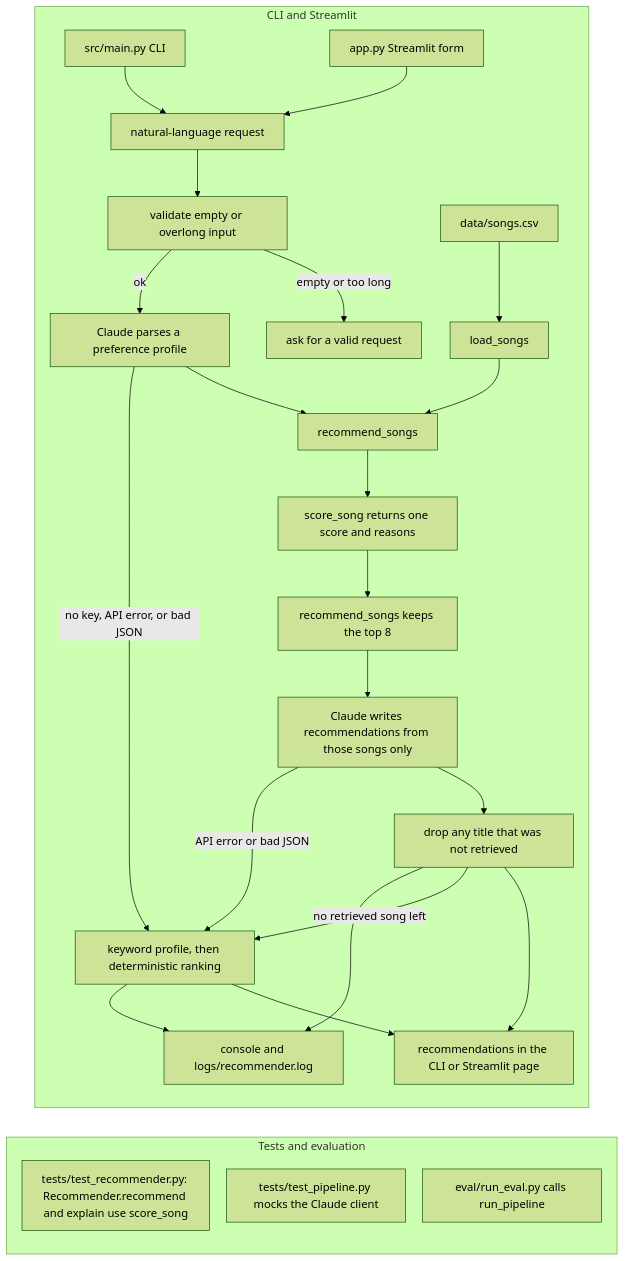
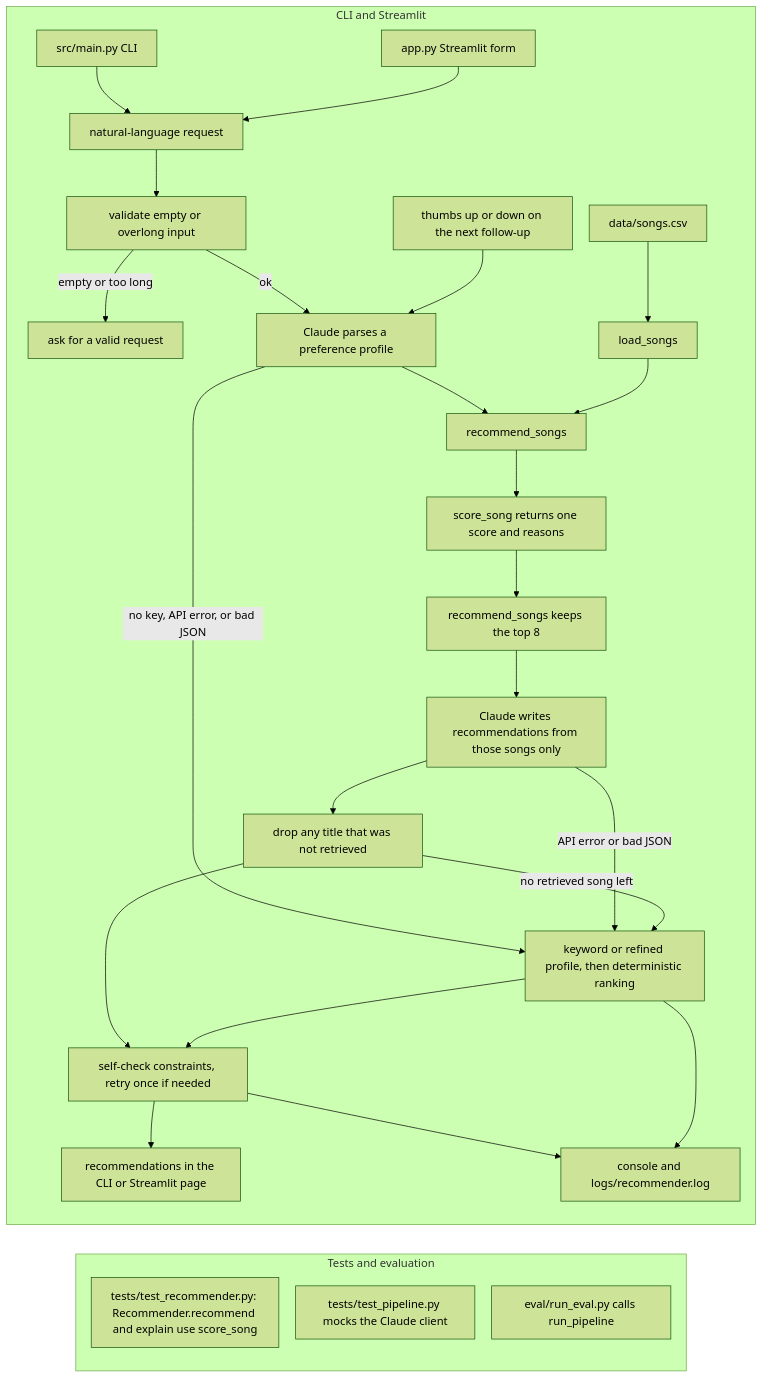
The diagram in diagrams/architecture.mmd (ThePurpleClub/applied-ai-system-project), drawn with Mermaid (forest theme) before and after one commit. The commit also changed 10 other files, not shown here.

First line of the commit message:
Add a richer Streamlit recommender with follow-ups and a self-check.

```diff
--- a/diagrams/architecture.mmd
+++ b/diagrams/architecture.mmd
@@ -1,33 +1,35 @@
 %%{init: {"flowchart": {"rankSpacing": 42, "nodeSpacing": 24, "padding": 14}}}%%
 flowchart TD
     subgraph app ["CLI and Streamlit"]
         direction TB
         cli["src/main.py CLI"] --> request["natural-language request"]
         ui["app.py Streamlit form"] --> request
         request --> checkLen["validate empty or overlong input"]
         checkLen -->|"empty or too long"| rejected["ask for a valid request"]
         checkLen -->|"ok"| parse["Claude parses a preference profile"]
         csv["data/songs.csv"] --> loadSongs["load_songs"]
         parse --> retrieve["recommend_songs"]
         loadSongs --> retrieve
         retrieve --> score["score_song returns one score and reasons"]
         score --> topn["recommend_songs keeps the top 8"]
         topn --> generate["Claude writes recommendations from those songs only"]
         generate --> guard["drop any title that was not retrieved"]
-        guard --> stdout["recommendations in the CLI or Streamlit page"]
-        parse -->|"no key, API error, or bad JSON"| fallback["keyword profile, then deterministic ranking"]
+        guard --> check["self-check constraints, retry once if needed"]
+        check --> stdout["recommendations in the CLI or Streamlit page"]
+        feedback["thumbs up or down on the next follow-up"] --> parse
+        parse -->|"no key, API error, or bad JSON"| fallback["keyword or refined profile, then deterministic ranking"]
         generate -->|"API error or bad JSON"| fallback
         guard -->|"no retrieved song left"| fallback
-        fallback --> stdout
-        guard --> logs["console and logs/recommender.log"]
+        fallback --> check
+        check --> logs["console and logs/recommender.log"]
         fallback --> logs
     end
 
     subgraph checks ["Tests and evaluation"]
         direction TB
         recommenderTests["tests/test_recommender.py: Recommender.recommend and explain use score_song"]
         pipelineTests["tests/test_pipeline.py mocks the Claude client"]
         evalScript["eval/run_eval.py calls run_pipeline"]
     end
 
     app ~~~ checks
```
